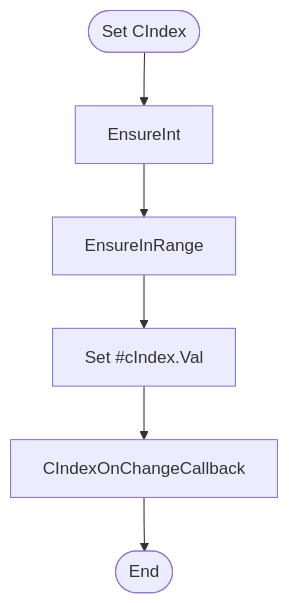
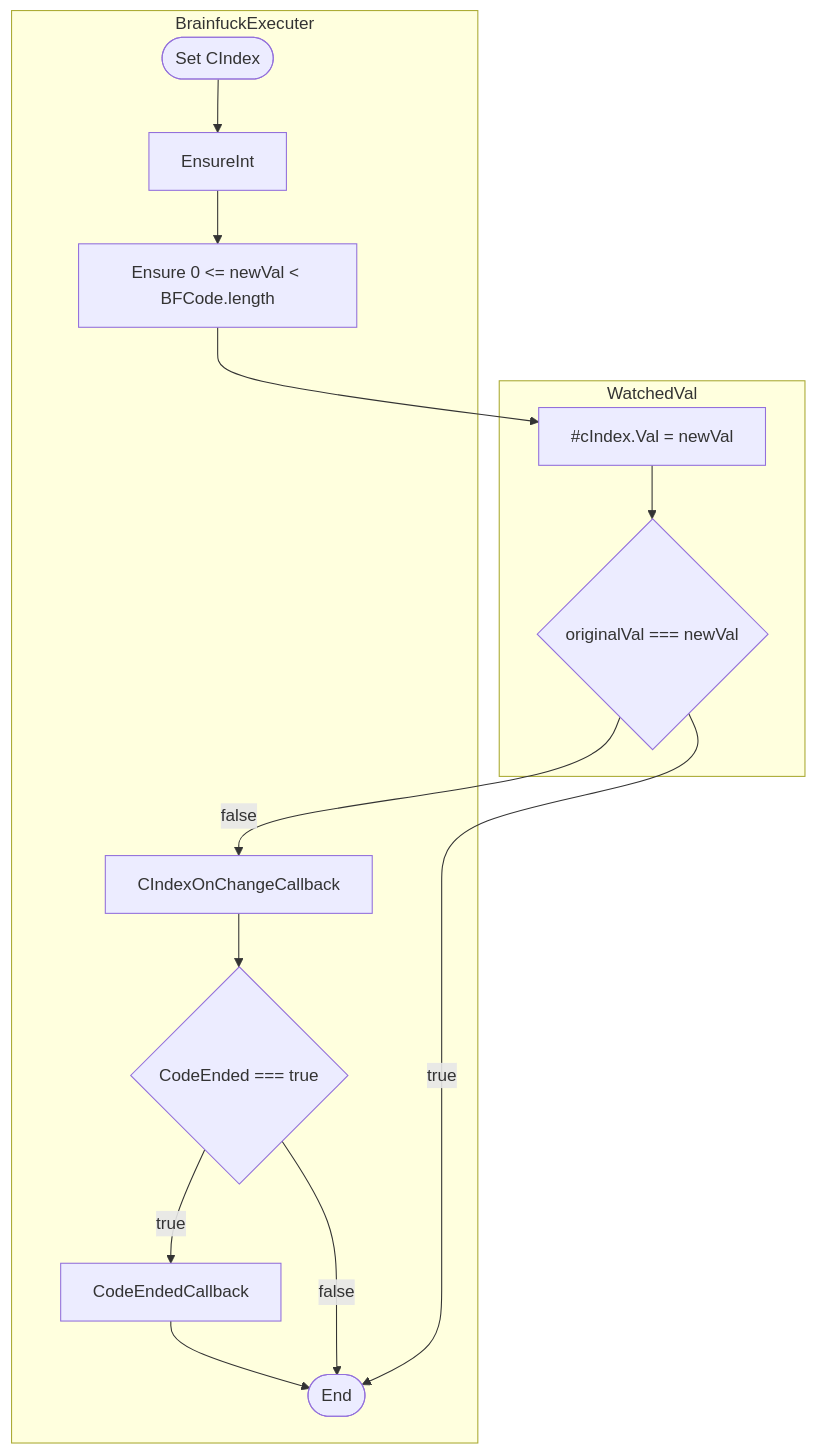
Before and after one commit to BCS21090011/BrainFucker: the third of 25 diagrams in src/Classes_Info/BrainfuckExecuter.md, drawn with Mermaid. The commit also changed other lines of this file and 1 other file, not shown here.

Commit message:
Redo charts for CIndex and MemPtr setter. Corrected EnsureInRange bug in CIndex setter.

````diff
--- a/src/Classes_Info/BrainfuckExecuter.md
+++ b/src/Classes_Info/BrainfuckExecuter.md
@@ -134,15 +134,43 @@
     ```mermaid
     flowchart
+        subgraph WatchedVal
+            SetCIndex[#cIndex.Val = newVal]
+            WatchedValCheckSameVal{originalVal === newVal}
+        end
 
-    Start([Set CIndex])
-    -->
-    EnsureInt
-    -->
-    EnsureInRange
-    -->
-    SetcIndex[Set #cIndex.Val]
-    -->
-    CIndexOnChangeCallback
-    -->
-    End([End])
+        subgraph BrainfuckExecuter
+            Start([Set CIndex])
+            EnsureInt
+            EnsureInRange[Ensure 0 <= newVal < BFCode.length]
+            CIndexOnChangeCallback
+            IsCodeEnded{CodeEnded === true}
+            CodeEndedCallback
+            End([End])
+        end
+
+        Start
+        -->
+        EnsureInt
+        -->
+        EnsureInRange
+        -->
+        SetCIndex
+        -->
+        WatchedValCheckSameVal
+        --false-->
+        CIndexOnChangeCallback
+        -->
+        IsCodeEnded
+        --true-->
+        CodeEndedCallback
+        -->
+        End
+
+        WatchedValCheckSameVal
+        --true-->
+        End
+
+        IsCodeEnded
+        --false-->
+        End
     ```
````
